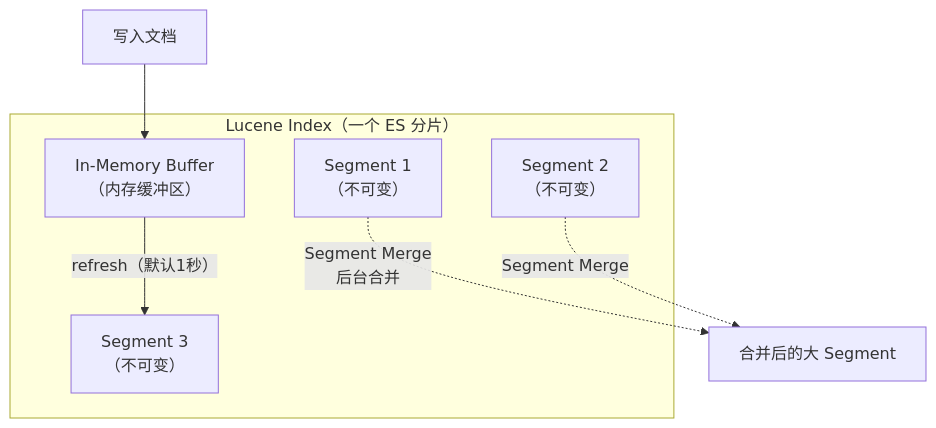
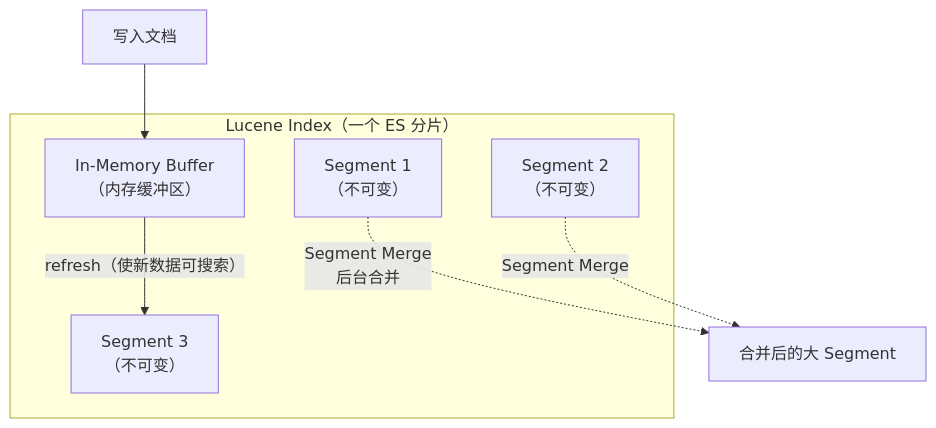
The fifth of 5 diagrams in docs/elasticsearch/02-indexing/chapter-06-inverted-index.md (b1tzer/the-stack), drawn with Mermaid before and after one commit. The commit also changed other lines of this file and 5 other files, not shown here.

````diff
--- a/docs/elasticsearch/02-indexing/chapter-06-inverted-index.md
+++ b/docs/elasticsearch/02-indexing/chapter-06-inverted-index.md
@@ -223,14 +217,14 @@
 ```mermaid
 flowchart TD
     subgraph "Lucene Index（一个 ES 分片）"
         S1["Segment 1<br>（不可变）"]
         S2["Segment 2<br>（不可变）"]
         S3["Segment 3<br>（不可变）"]
         Buf["In-Memory Buffer<br>（内存缓冲区）"]
     end
 
     Write["写入文档"] --> Buf
-    Buf -->|"refresh（默认1秒）"| S3
+    Buf -->|"refresh（使新数据可搜索）"| S3
     S1 -.->|"Segment Merge<br>后台合并"| Merged["合并后的大 Segment"]
     S2 -.->|"Segment Merge"| Merged
 ```
````
